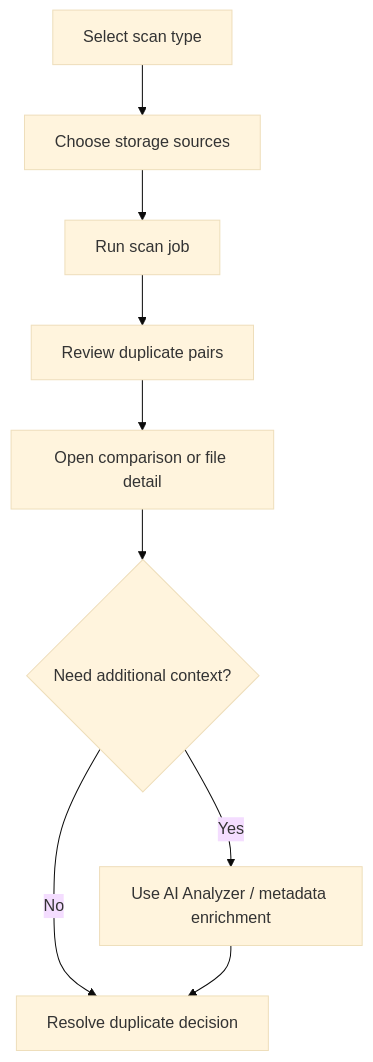
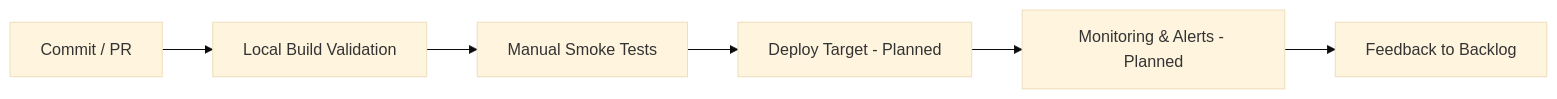
The second of 2 diagrams in README.md (samueljackson-collab/AstraDup-Cross-Storage-Video-Files-duplication-tracker), drawn with Mermaid (base theme) before and after one commit. The commit also changed other lines of this file, not shown here.

Commit message:
docs: expand README to preserve detail and exceed 500 lines

````diff
--- a/README.md
+++ b/README.md
@@ -315,11 +407,8 @@
 ```mermaid
-flowchart TD
-    A[Select scan type] --> B[Choose storage sources]
-    B --> C[Run scan job]
-    C --> D[Review duplicate pairs]
-    D --> E[Open comparison or file detail]
-    E --> F{Need additional context?}
-    F -->|Yes| G[Use AI Analyzer / metadata enrichment]
-    F -->|No| H[Resolve duplicate decision]
-    G --> H
+flowchart LR
+  A[Commit / PR] --> B[Local Build Validation]
+  B --> C[Manual Smoke Tests]
+  C --> D[Deploy Target - Planned]
+  D --> E[Monitoring & Alerts - Planned]
+  E --> F[Feedback to Backlog]
 ```
````
